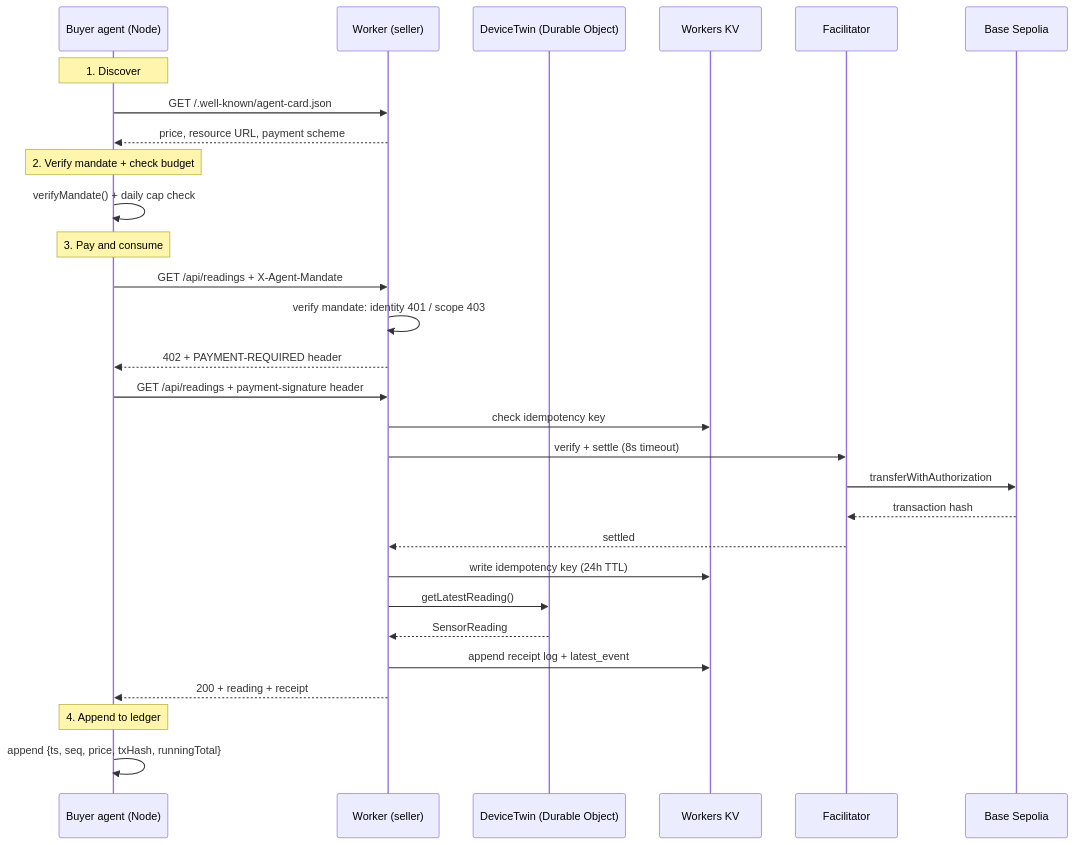
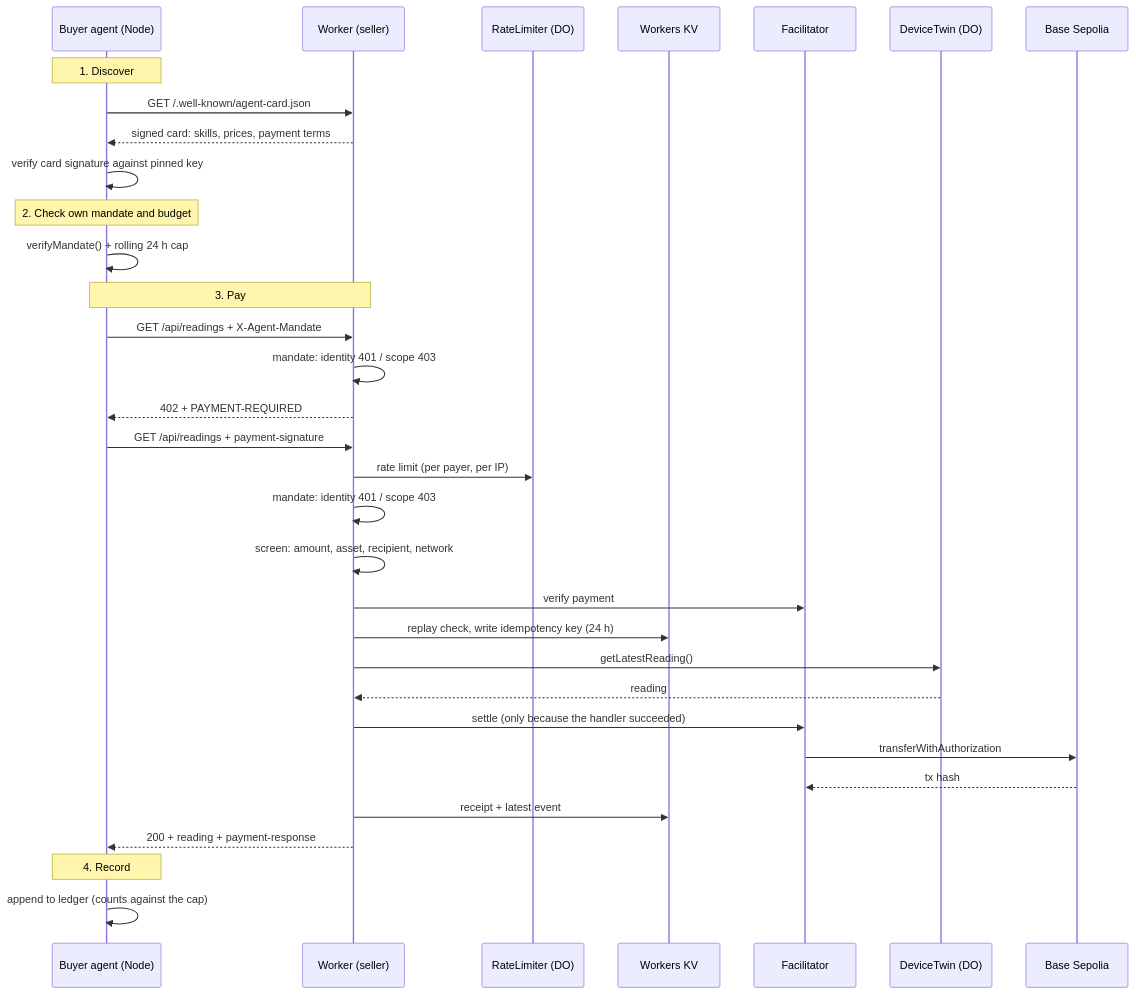
Before and after one commit to Soresta/x402-iot-poc: the diagram in README.md, drawn with Mermaid. The commit also changed other lines of this file and 14 other files, not shown here.

````diff
--- a/README.md
+++ b/README.md
@@ -50,35 +25,39 @@
 ```mermaid
 sequenceDiagram
     participant B as Buyer agent (Node)
     participant W as Worker (seller)
-    participant DO as DeviceTwin (Durable Object)
+    participant RL as RateLimiter (DO)
     participant KV as Workers KV
     participant F as Facilitator
+    participant DO as DeviceTwin (DO)
     participant C as Base Sepolia
 
     Note over B: 1. Discover
     B->>W: GET /.well-known/agent-card.json
-    W-->>B: price, resource URL, payment scheme
+    W-->>B: signed card: skills, prices, payment terms
+    B->>B: verify card signature against pinned key
 
-    Note over B: 2. Verify mandate + check budget
-    B->>B: verifyMandate() + daily cap check
+    Note over B: 2. Check own mandate and budget
+    B->>B: verifyMandate() + rolling 24 h cap
 
-    Note over B: 3. Pay and consume
+    Note over B,W: 3. Pay
     B->>W: GET /api/readings + X-Agent-Mandate
-    W->>W: verify mandate: identity 401 / scope 403
-    W-->>B: 402 + PAYMENT-REQUIRED header
-    B->>W: GET /api/readings + payment-signature header
-    W->>KV: check idempotency key
-    W->>F: verify + settle (8s timeout)
+    W->>W: mandate: identity 401 / scope 403
+    W-->>B: 402 + PAYMENT-REQUIRED
+    B->>W: GET /api/readings + payment-signature
+    W->>RL: rate limit (per payer, per IP)
+    W->>W: mandate: identity 401 / scope 403
+    W->>W: screen: amount, asset, recipient, network
+    W->>F: verify payment
+    W->>KV: replay check, write idempotency key (24 h)
+    W->>DO: getLatestReading()
+    DO-->>W: reading
+    W->>F: settle (only because the handler succeeded)
     F->>C: transferWithAuthorization
-    C-->>F: transaction hash
-    F-->>W: settled
-    W->>KV: write idempotency key (24h TTL)
-    W->>DO: getLatestReading()
-    DO-->>W: SensorReading
-    W->>KV: append receipt log + latest_event
-    W-->>B: 200 + reading + receipt
+    C-->>F: tx hash
+    W->>KV: receipt + latest event
+    W-->>B: 200 + reading + payment-response
 
-    Note over B: 4. Append to ledger
-    B->>B: append {ts, seq, price, txHash, runningTotal}
+    Note over B: 4. Record
+    B->>B: append to ledger (counts against the cap)
 ```
````
